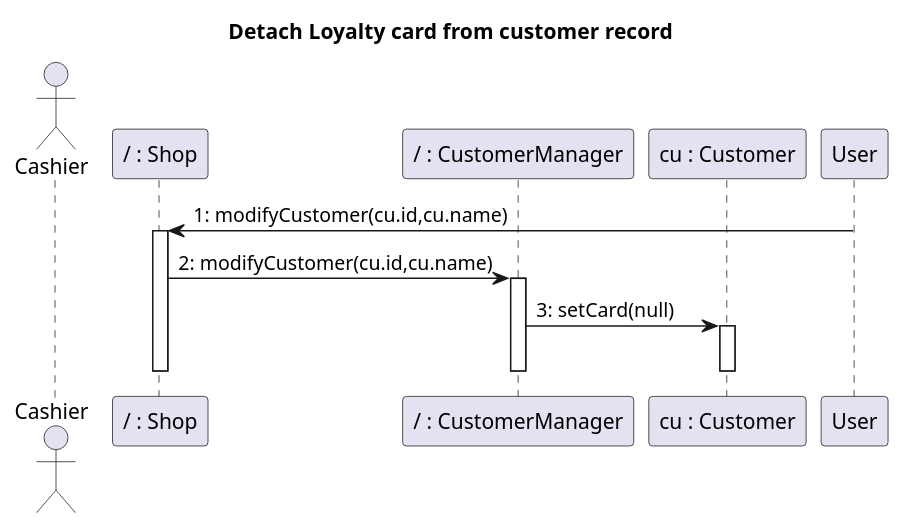
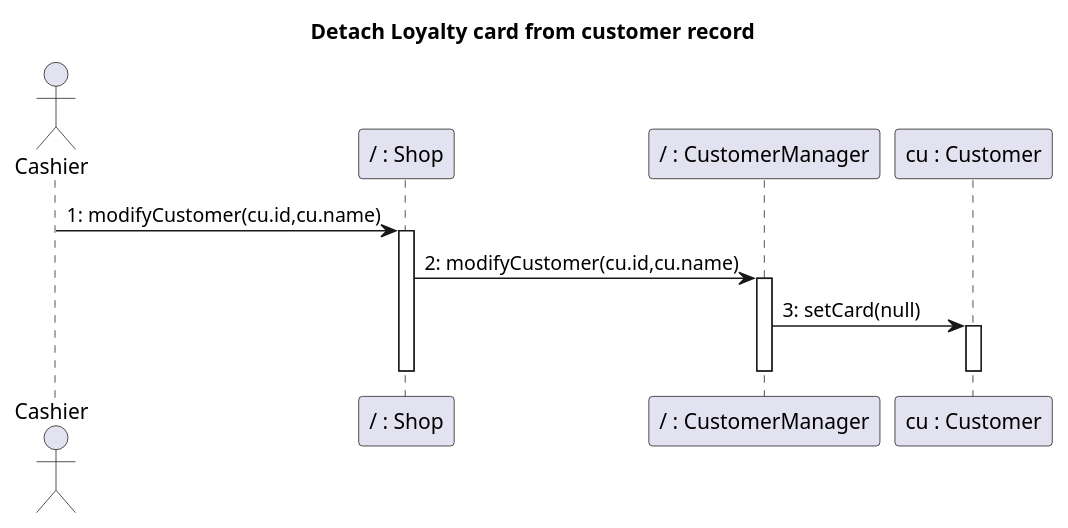
Before and after one commit to nicolabattaglino/ezshop: diagram 14 of 32 in Deliverables/DesignDocument.md, drawn with PlantUML. The commit also changed other lines of this file, not shown here.

Commit message:
changes in seq. diagrams

````diff
--- a/Deliverables/DesignDocument.md
+++ b/Deliverables/DesignDocument.md
@@ -703,22 +702,22 @@
 ```plantuml
 @startuml
 
 title Detach Loyalty card from customer record
 actor Cashier
 participant "/ : Shop" as Shop
 participant "/ : CustomerManager" as CustomerManager
 participant "cu : Customer" as Customer
 
 
-User -> Shop: 1: modifyCustomer(cu.id,cu.name)
+Cashier -> Shop: 1: modifyCustomer(cu.id,cu.name)
 activate Shop
 Shop -> CustomerManager: 2: modifyCustomer(cu.id,cu.name)
 activate CustomerManager
 CustomerManager -> Customer: 3: setCard(null)
 activate Customer
 deactivate Customer
 deactivate CustomerManager
 deactivate Shop
 
 @enduml
 ```
````
